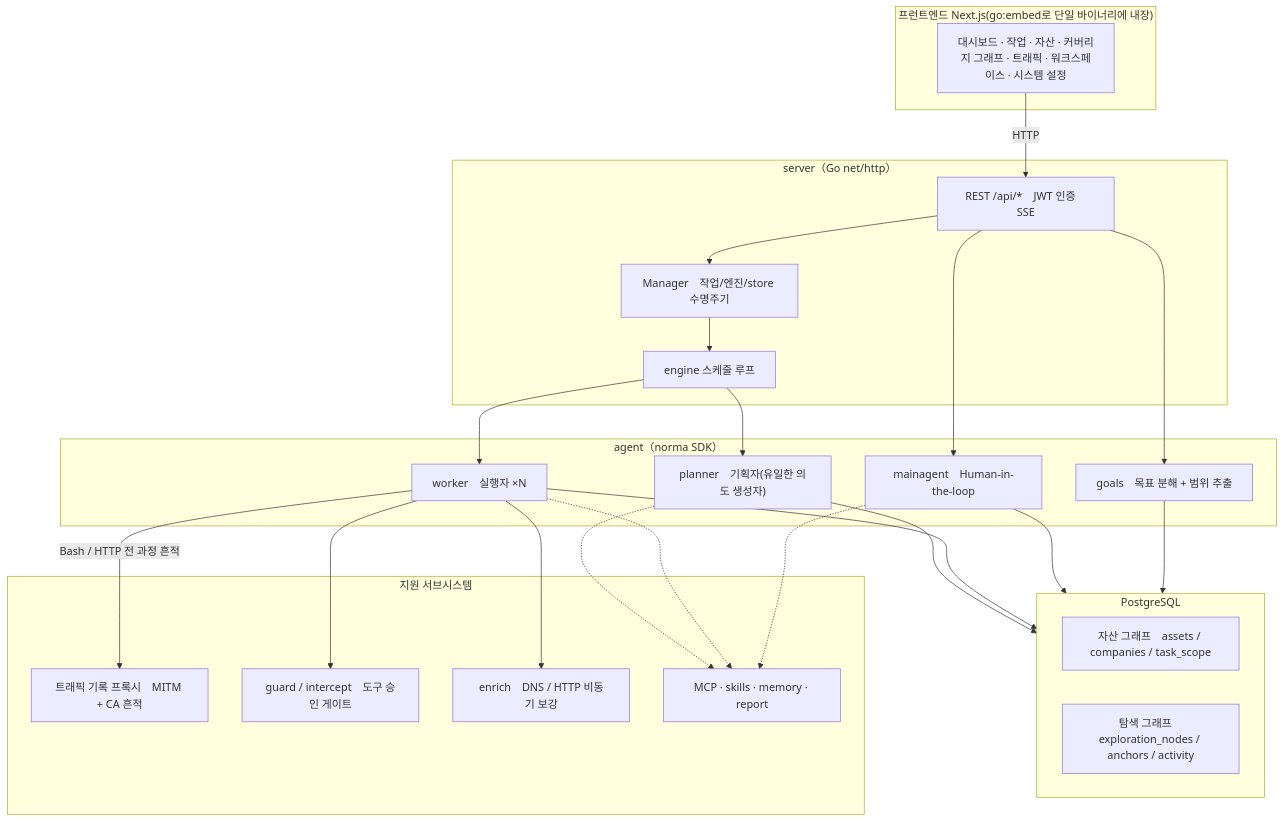
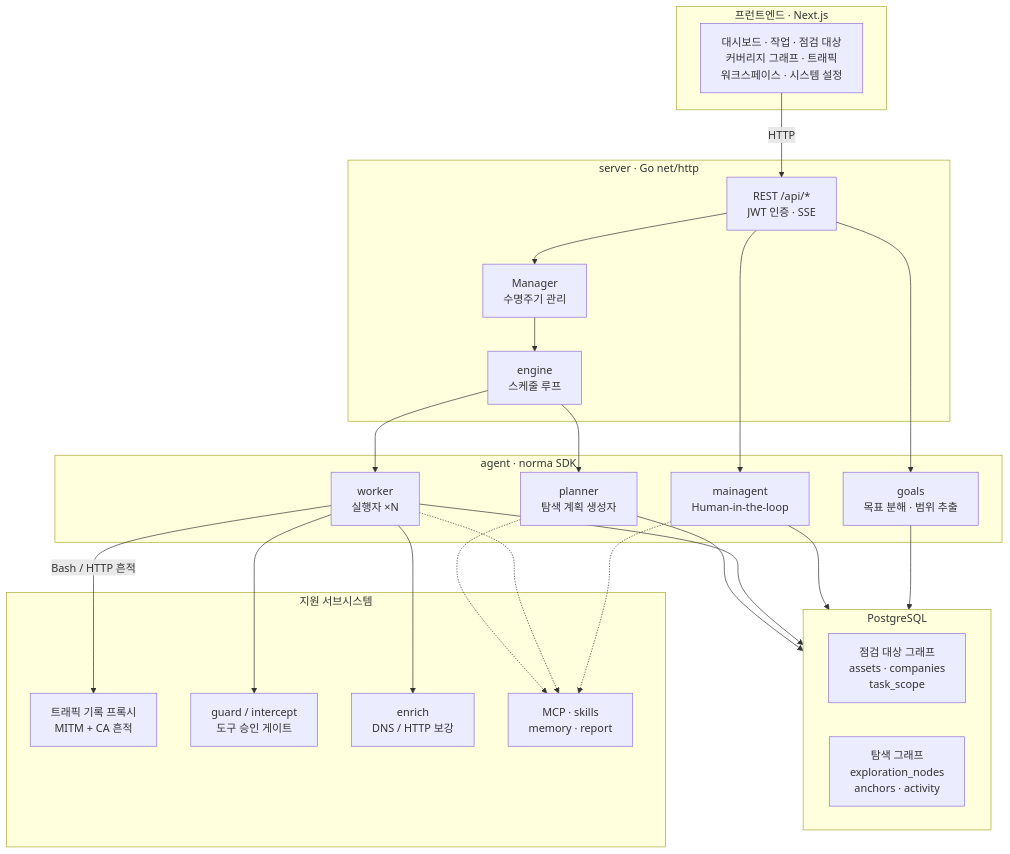
One commit to wnduddld0513/ARTEX-KR changed the first of 5 diagrams in README.md. Above: the diagram before and after it, drawn with Mermaid. The commit also changed other lines of this file and 88 other files, not shown here.

````diff
--- a/README.md
+++ b/README.md
@@ -301,44 +309,44 @@
 ```mermaid
 flowchart TB
-  subgraph FE["프런트엔드 Next.js(go:embed로 단일 바이너리에 내장)"]
-    UI["대시보드 · 작업 · 자산 · 커버리지 그래프 · 트래픽 · 워크스페이스 · 시스템 설정"]
+  subgraph FE["프런트엔드 · Next.js"]
+    UI["대시보드 · 작업 · 점검 대상<br/>커버리지 그래프 · 트래픽<br/>워크스페이스 · 시스템 설정"]
   end
-  subgraph SRV["server（Go net/http）"]
-    API["REST /api/*　JWT 인증　SSE"]
-    ENG["engine 스케줄 루프"]
-    MGR["Manager　작업/엔진/store 수명주기"]
+  subgraph SRV["server · Go net/http"]
+    API["REST /api/*<br/>JWT 인증 · SSE"]
+    ENG["engine<br/>스케줄 루프"]
+    MGR["Manager<br/>수명주기 관리"]
   end
-  subgraph AG["agent（norma SDK）"]
-    GO["goals　목표 분해 + 범위 추출"]
-    PL["planner　기획자(유일한 의도 생성자)"]
-    WK["worker　실행자 ×N"]
-    MA["mainagent　Human-in-the-loop"]
+  subgraph AG["agent · norma SDK"]
+    GO["goals<br/>목표 분해 · 범위 추출"]
+    PL["planner<br/>탐색 계획 생성자"]
+    WK["worker<br/>실행자 ×N"]
+    MA["mainagent<br/>Human-in-the-loop"]
   end
   subgraph DB["PostgreSQL"]
-    AGRAPH["자산 그래프　assets / companies / task_scope"]
-    EGRAPH["탐색 그래프　exploration_nodes / anchors / activity"]
+    AGRAPH["점검 대상 그래프<br/>assets · companies<br/>task_scope"]
+    EGRAPH["탐색 그래프<br/>exploration_nodes<br/>anchors · activity"]
   end
   subgraph SUB["지원 서브시스템"]
-    PROXY["트래픽 기록 프록시　MITM + CA 흔적"]
-    GUARD["guard / intercept　도구 승인 게이트"]
-    ENR["enrich　DNS / HTTP 비동기 보강"]
-    EXT["MCP · skills · memory · report"]
+    PROXY["트래픽 기록 프록시<br/>MITM + CA 흔적"]
+    GUARD["guard / intercept<br/>도구 승인 게이트"]
+    ENR["enrich<br/>DNS / HTTP 보강"]
+    EXT["MCP · skills<br/>memory · report"]
   end
 
   UI -->|HTTP| API
   API --> MGR --> ENG
   ENG --> PL
   ENG --> WK
   API --> MA
   API --> GO
   PL --> DB
   WK --> DB
   MA --> DB
   GO --> DB
-  WK -->|"Bash / HTTP 전 과정 흔적"| PROXY
+  WK -->|"Bash / HTTP 흔적"| PROXY
   WK --> GUARD
   WK --> ENR
   PL -.-> EXT
   WK -.-> EXT
   MA -.-> EXT
 ```
````
